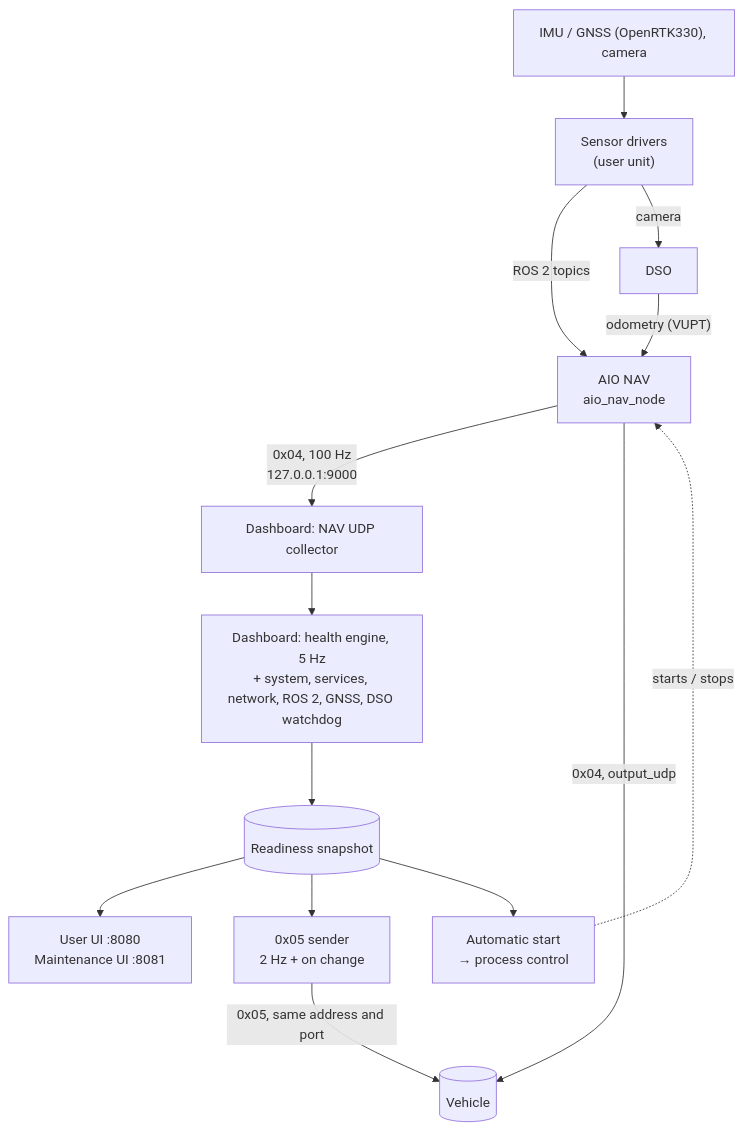
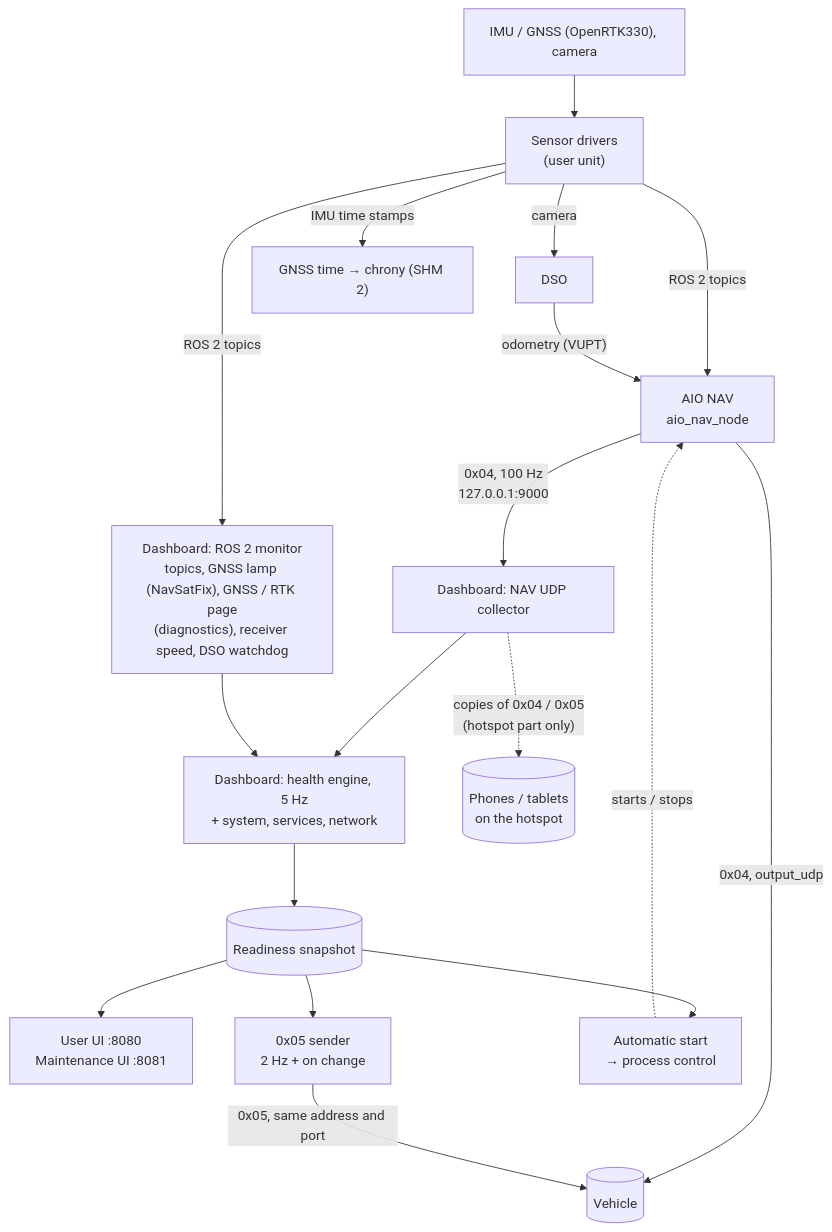
One commit to lemongrasses/web_monitor changed the first of 6 diagrams in docs/FLOWS.md. Above: the diagram before and after it, drawn with Mermaid. The commit also changed other lines of this file and 10 other files, not shown here.

````diff
--- a/docs/FLOWS.md
+++ b/docs/FLOWS.md
@@ -20,16 +22,20 @@
 ```mermaid
 flowchart TB
   HW["IMU / GNSS (OpenRTK330), camera"] --> DRV["Sensor drivers<br/>(user unit)"]
   DRV -- "ROS 2 topics" --> NAV["AIO NAV<br/>aio_nav_node"]
   DRV -- "camera" --> DSO["DSO"]
   DSO -- "odometry (VUPT)" --> NAV
   NAV -- "0x04, 100 Hz<br/>127.0.0.1:9000" --> COL["Dashboard: NAV UDP collector"]
-  COL --> HE["Dashboard: health engine, 5 Hz<br/>+ system, services, network, ROS 2, GNSS, DSO watchdog"]
+  DRV -- "ROS 2 topics" --> ROSC["Dashboard: ROS 2 monitor<br/>topics, GNSS lamp (NavSatFix), GNSS / RTK page<br/>(diagnostics), receiver speed, DSO watchdog"]
+  DRV -- "IMU time stamps" --> CLK["GNSS time → chrony (SHM 2)"]
+  COL --> HE["Dashboard: health engine, 5 Hz<br/>+ system, services, network"]
+  ROSC --> HE
   HE --> SNAP[("Readiness snapshot")]
   SNAP --> UI["User UI :8080<br/>Maintenance UI :8081"]
   SNAP --> TX["0x05 sender<br/>2 Hz + on change"]
   SNAP --> AUTO["Automatic start<br/>→ process control"]
   NAV -- "0x04, output_udp" --> VEH[("Vehicle")]
   TX -- "0x05, same address and port" --> VEH
   AUTO -. "starts / stops" .-> NAV
+  COL -. "copies of 0x04 / 0x05<br/>(hotspot part only)" .-> HOT[("Phones / tablets<br/>on the hotspot")]
 ```
````
